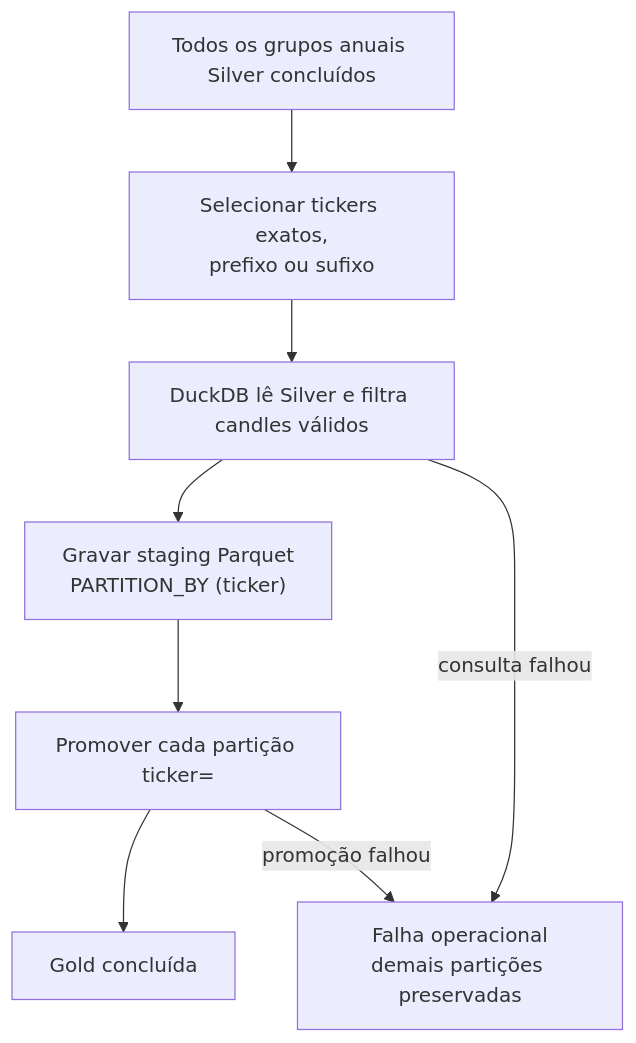
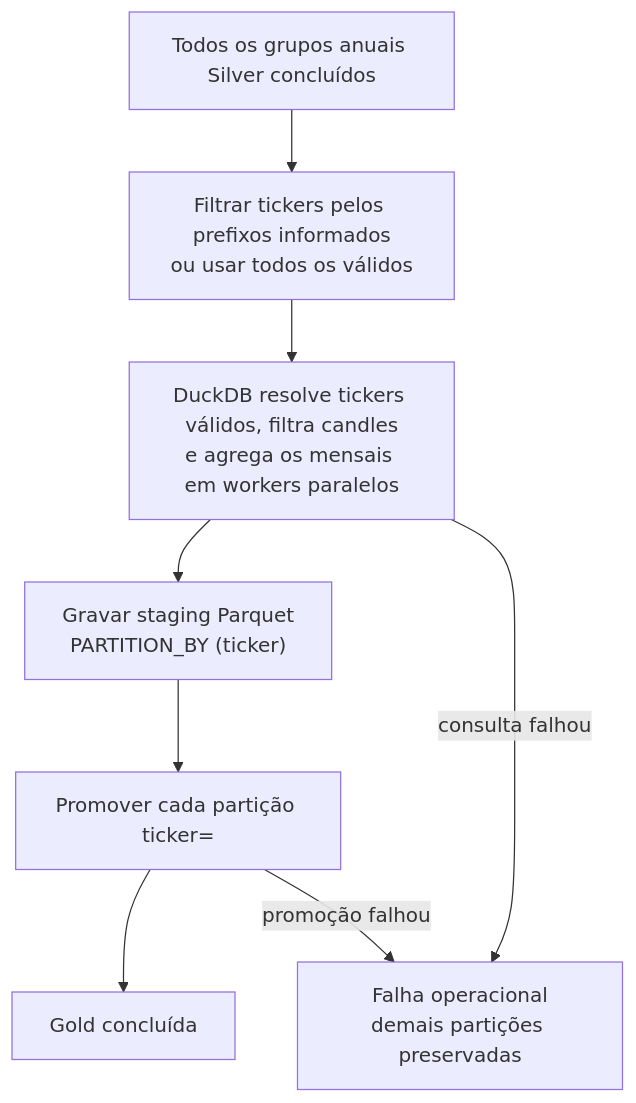
Before and after one commit to BiellBatista/Python.DataEngineering: the third of 3 diagrams in B3-Pipelines/docs/historical-series/diagrama-atividades.md, drawn with Mermaid. The commit also changed 18 other files, not shown here.

````diff
--- a/B3-Pipelines/docs/historical-series/diagrama-atividades.md
+++ b/B3-Pipelines/docs/historical-series/diagrama-atividades.md
@@ -74,14 +74,14 @@
 ```mermaid
 flowchart TD
     AllSilver["Todos os grupos anuais Silver concluídos"]
-    Select["Selecionar tickers exatos,<br/>prefixo ou sufixo"]
-    Copy["DuckDB lê Silver e filtra candles válidos"]
+    Select["Filtrar tickers pelos prefixos informados<br/>ou usar todos os válidos"]
+    Copy["DuckDB resolve tickers válidos, filtra candles<br/>e agrega os mensais em workers paralelos"]
     Stage["Gravar staging Parquet<br/>PARTITION_BY (ticker)"]
     Promote["Promover cada partição ticker=<TICKER>"]
     Done["Gold concluída"]
     Failure["Falha operacional<br/>demais partições preservadas"]
 
     AllSilver --> Select --> Copy --> Stage --> Promote --> Done
     Copy -->|"consulta falhou"| Failure
     Promote -->|"promoção falhou"| Failure
 ```
````
